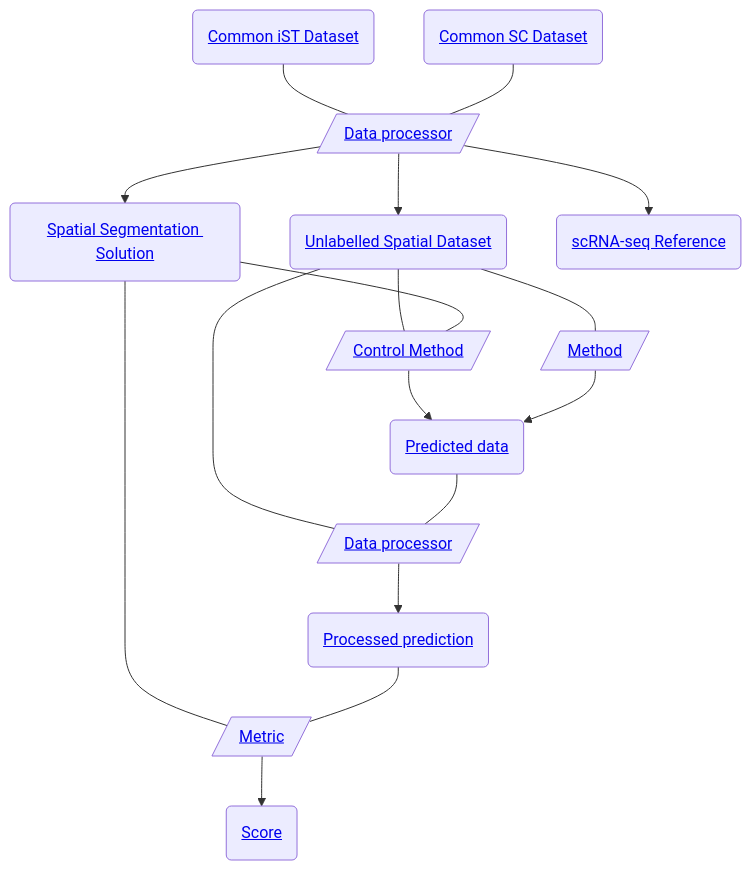
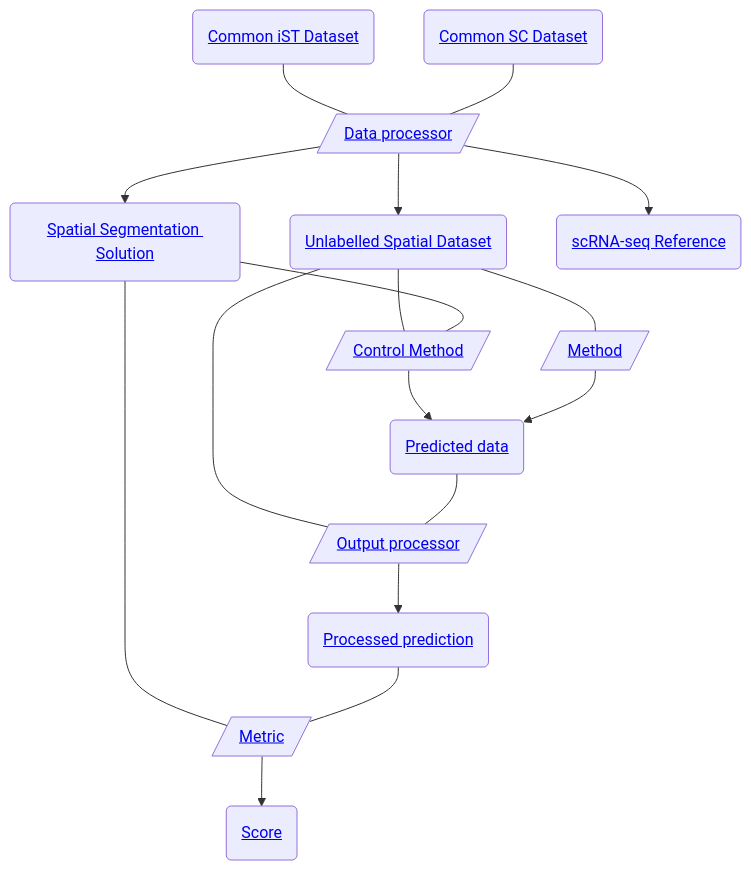
The diagram in README.md (openproblems-bio/task_spatial_segmentation), drawn with Mermaid before and after one commit. The commit also changed other lines of this file and 3 other files, not shown here.

````diff
--- a/README.md
+++ b/README.md
@@ -37,32 +37,32 @@
 ``` mermaid
 flowchart TB
   file_common_ist("<a href='https://github.com/openproblems-bio/task_spatial_segmentation#file-format-common-ist-dataset'>Common iST Dataset</a>")
   comp_data_processor[/"<a href='https://github.com/openproblems-bio/task_spatial_segmentation#component-type-data-processor'>Data processor</a>"/]
   file_spatial_unlabelled("<a href='https://github.com/openproblems-bio/task_spatial_segmentation#file-format-unlabelled-spatial-dataset'>Unlabelled Spatial Dataset</a>")
   file_spatial_solution("<a href='https://github.com/openproblems-bio/task_spatial_segmentation#file-format-spatial-segmentation-solution'>Spatial Segmentation Solution</a>")
   file_scrnaseq_reference("<a href='https://github.com/openproblems-bio/task_spatial_segmentation#file-format-scrna-seq-reference'>scRNA-seq Reference</a>")
   comp_control_method[/"<a href='https://github.com/openproblems-bio/task_spatial_segmentation#component-type-control-method'>Control Method</a>"/]
   comp_method[/"<a href='https://github.com/openproblems-bio/task_spatial_segmentation#component-type-method'>Method</a>"/]
-  comp_output_processor[/"<a href='https://github.com/openproblems-bio/task_spatial_segmentation#component-type-data-processor'>Data processor</a>"/]
+  comp_output_processor[/"<a href='https://github.com/openproblems-bio/task_spatial_segmentation#component-type-output-processor'>Output processor</a>"/]
   comp_metric[/"<a href='https://github.com/openproblems-bio/task_spatial_segmentation#component-type-metric'>Metric</a>"/]
   file_prediction("<a href='https://github.com/openproblems-bio/task_spatial_segmentation#file-format-predicted-data'>Predicted data</a>")
   file_processed_prediction("<a href='https://github.com/openproblems-bio/task_spatial_segmentation#file-format-processed-prediction'>Processed prediction</a>")
   file_score("<a href='https://github.com/openproblems-bio/task_spatial_segmentation#file-format-score'>Score</a>")
   file_common_scrnaseq("<a href='https://github.com/openproblems-bio/task_spatial_segmentation#file-format-common-sc-dataset'>Common SC Dataset</a>")
   file_common_ist---comp_data_processor
   comp_data_processor-->file_spatial_unlabelled
   comp_data_processor-->file_spatial_solution
   comp_data_processor-->file_scrnaseq_reference
   file_spatial_unlabelled---comp_control_method
   file_spatial_unlabelled---comp_method
   file_spatial_unlabelled---comp_output_processor
   file_spatial_solution---comp_control_method
   file_spatial_solution---comp_metric
   comp_control_method-->file_prediction
   comp_method-->file_prediction
   comp_output_processor-->file_processed_prediction
   comp_metric-->file_score
   file_prediction---comp_output_processor
   file_processed_prediction---comp_metric
   file_common_scrnaseq---comp_data_processor
 ```
````
